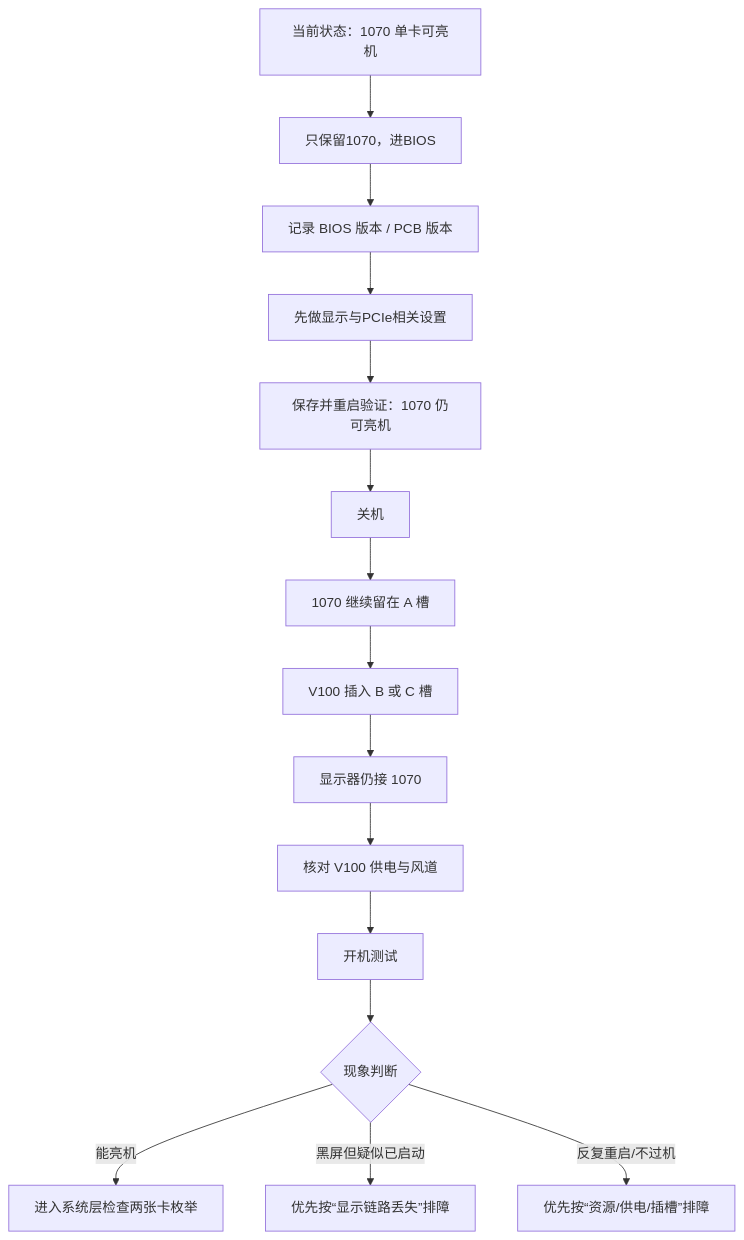
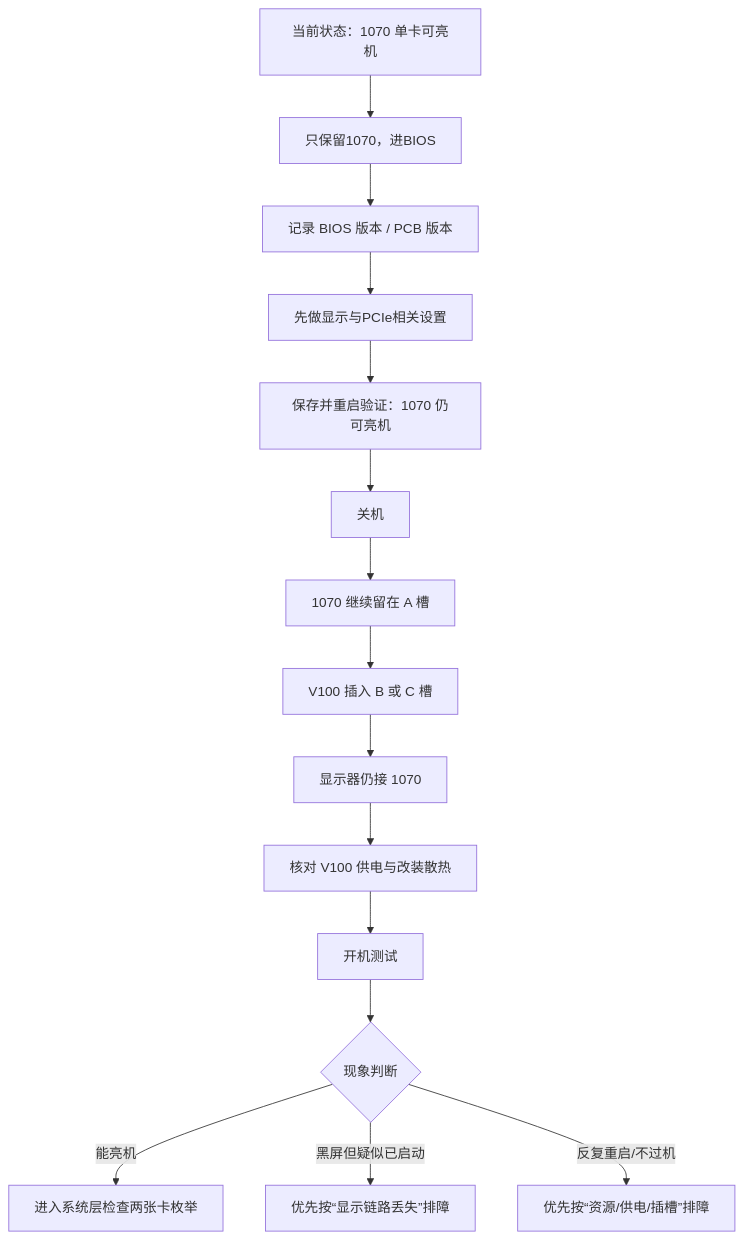
Before and after one commit to ShengNW/SnwObsidian_001_SECE: the first of 4 diagrams in v100/docs/ysjq.md, drawn with Mermaid. The commit also changed other lines of this file, not shown here.

````diff
--- a/v100/docs/ysjq.md
+++ b/v100/docs/ysjq.md
@@ -262,17 +330,17 @@
 ```mermaid
 flowchart TD
     A[当前状态：1070 单卡可亮机] --> B[只保留1070，进BIOS]
     B --> C[记录 BIOS 版本 / PCB 版本]
     C --> D[先做显示与PCIe相关设置]
     D --> E[保存并重启验证：1070 仍可亮机]
     E --> F[关机]
     F --> G[1070 继续留在 A 槽]
     G --> H[V100 插入 B 或 C 槽]
     H --> I[显示器仍接 1070]
-    I --> J[核对 V100 供电与风道]
+    I --> J[核对 V100 供电与改装散热]
     J --> K[开机测试]
     K --> L{现象判断}
     L -->|能亮机| M[进入系统层检查两张卡枚举]
     L -->|黑屏但疑似已启动| N[优先按“显示链路丢失”排障]
     L -->|反复重启/不过机| O[优先按“资源/供电/插槽”排障]
 ```
````
